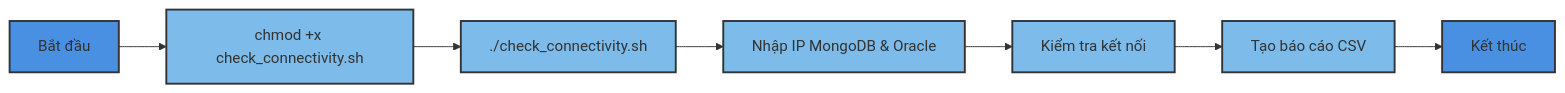
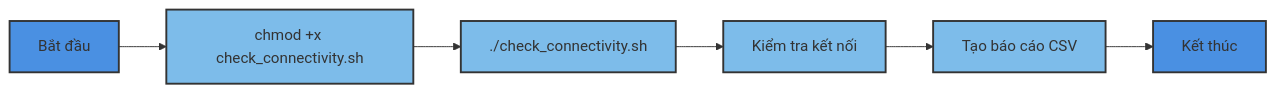
One commit to ngockhanhvd2812/DBA changed the first of 6 diagrams in Linux/check_connectivity.md. Above: the diagram before and after it, drawn with Mermaid. The commit also changed other lines of this file, not shown here.

````diff
--- a/Linux/check_connectivity.md
+++ b/Linux/check_connectivity.md
@@ -17,17 +15,15 @@
 ```mermaid
 graph LR
     A[Bắt đầu] --> B[chmod +x check_connectivity.sh]
     B --> C[./check_connectivity.sh]
-    C --> D[Nhập IP MongoDB & Oracle]
-    D --> E[Kiểm tra kết nối]
-    E --> F[Tạo báo cáo CSV]
-    F --> G[Kết thúc]
+    C --> D[Kiểm tra kết nối]
+    D --> E[Tạo báo cáo CSV]
+    E --> F[Kết thúc]
     
     style A fill:#4a90e2,stroke:#333,stroke-width:2px
     style B fill:#7dbcea,stroke:#333,stroke-width:2px
     style C fill:#7dbcea,stroke:#333,stroke-width:2px
     style D fill:#7dbcea,stroke:#333,stroke-width:2px
     style E fill:#7dbcea,stroke:#333,stroke-width:2px
-    style F fill:#7dbcea,stroke:#333,stroke-width:2px
-    style G fill:#4a90e2,stroke:#333,stroke-width:2px
+    style F fill:#4a90e2,stroke:#333,stroke-width:2px
 ```
````
